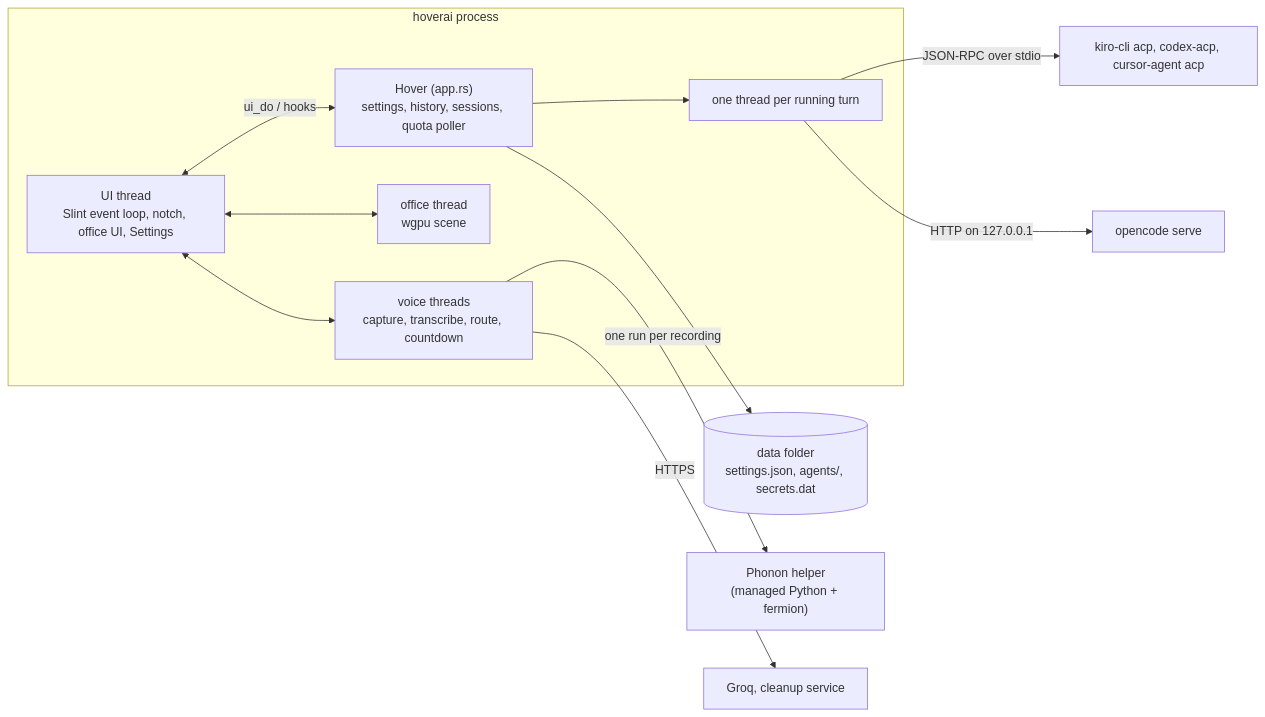
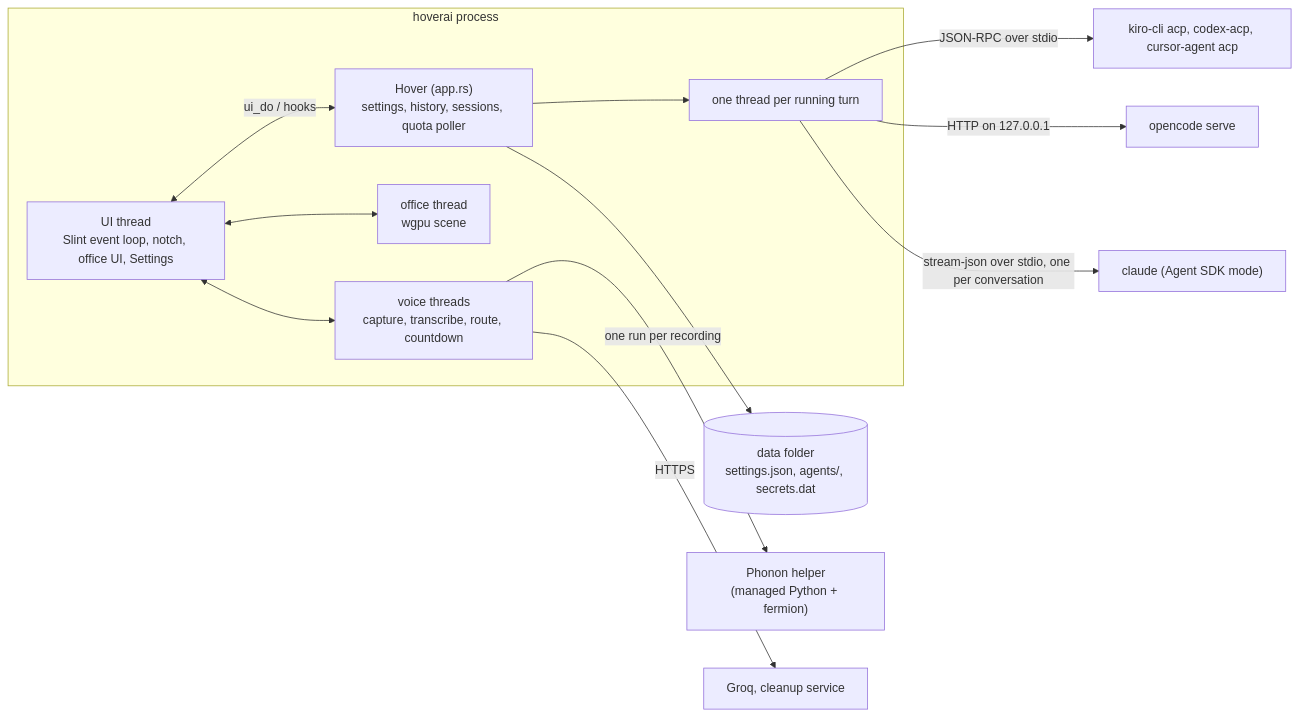
One commit to 4regab/Hover changed the fifth of 5 diagrams in docs/development/architecture.md. Above: the diagram before and after it, drawn with Mermaid. The commit also changed other lines of this file and 24 other files, not shown here.

````diff
--- a/docs/development/architecture.md
+++ b/docs/development/architecture.md
@@ -167,20 +167,21 @@
 ```mermaid
 flowchart LR
     subgraph P["hoverai process"]
         ui["UI thread<br/>Slint event loop, notch, office UI, Settings"]
         rt["Hover (app.rs)<br/>settings, history, sessions, quota poller"]
         turns["one thread per running turn"]
         off["office thread<br/>wgpu scene"]
         vw["voice threads<br/>capture, transcribe, route, countdown"]
         ui <-->|"ui_do / hooks"| rt
         rt --> turns
         ui <--> off
         ui <--> vw
     end
 
     turns -->|"JSON-RPC over stdio"| acp["kiro-cli acp, codex-acp, cursor-agent acp"]
     turns -->|"HTTP on 127.0.0.1"| oc["opencode serve"]
+    turns -->|"stream-json over stdio, one per conversation"| cc["claude (Agent SDK mode)"]
     vw -->|"one run per recording"| ph["Phonon helper<br/>(managed Python + fermion)"]
     vw -->|"HTTPS"| groq["Groq, cleanup service"]
     rt --> disk[("data folder<br/>settings.json, agents/, secrets.dat")]
 ```
````
